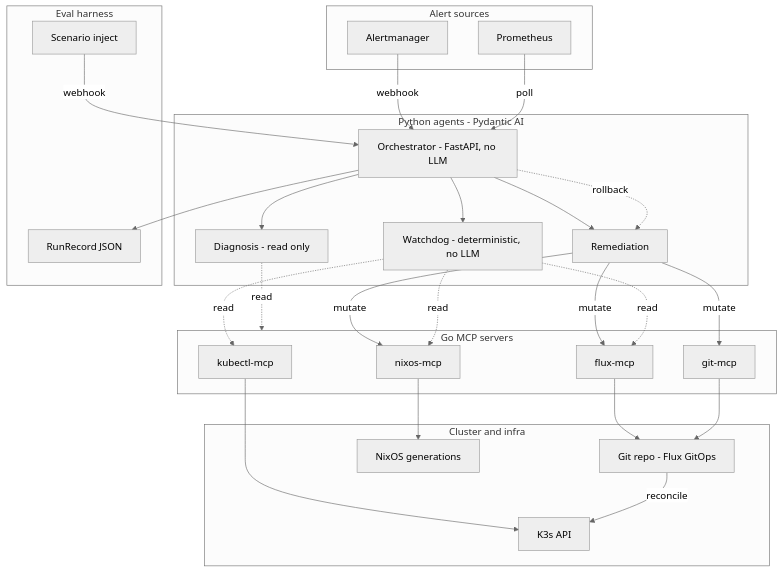
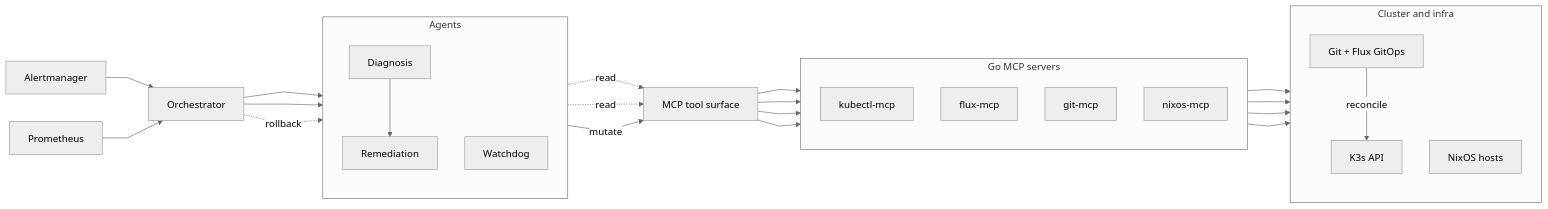
The diagram in README.md (lucawalz/vigil), drawn with Mermaid (neutral theme) before and after one commit.

Commit message:
docs: tune readme architecture diagram for github rendering

````diff
--- a/README.md
+++ b/README.md
@@ -34,40 +34,49 @@
 ```mermaid
-flowchart TB
-  subgraph src[Alert sources]
-    AM[Alertmanager]
-    PR[Prometheus]
+%%{init: {'flowchart': {'curve': 'linear', 'rankSpacing': 70, 'nodeSpacing': 45}}}%%
+flowchart LR
+  AM["Alertmanager"] --> OR["Orchestrator"]
+  PR["Prometheus"] --> OR
+
+  subgraph ag["Agents"]
+    direction TB
+    DG["Diagnosis"]
+    RM["Remediation"]
+    WD["Watchdog"]
   end
-  subgraph ag[Python agents - Pydantic AI]
-    OR[Orchestrator - FastAPI, no LLM]
-    DG[Diagnosis - read only]
-    RM[Remediation]
-    WD[Watchdog - deterministic, no LLM]
+
+  OR --> DG
+  DG --> RM
+  OR --> WD
+
+  DG -. read .-> MX["MCP tool surface"]
+  WD -. read .-> MX
+  RM -->|mutate| MX
+
+  subgraph mc["Go MCP servers"]
+    direction TB
+    KM["kubectl-mcp"]
+    FM["flux-mcp"]
+    GM["git-mcp"]
+    NM["nixos-mcp"]
   end
-  subgraph mc[Go MCP servers]
-    KM[kubectl-mcp]
-    FM[flux-mcp]
-    GM[git-mcp]
-    NM[nixos-mcp]
+
+  MX --> KM
+  MX --> FM
+  MX --> GM
+  MX --> NM
+
+  subgraph cl["Cluster and infra"]
+    direction TB
+    K8["K3s API"]
+    GT["Git + Flux GitOps"]
+    NX["NixOS hosts"]
   end
-  subgraph cl[Cluster and infra]
-    K8[K3s API]
-    GT[Git repo - Flux GitOps]
-    NX[NixOS generations]
-  end
-  AM -->|webhook| OR
-  PR -->|poll| OR
-  OR --> DG & RM & WD
-  DG -. read .-> mc
-  RM -->|mutate| GM & FM & NM
-  WD -. read .-> KM & FM & NM
+
   KM --> K8
   FM --> GT
   GM --> GT
   NM --> NX
   GT -->|reconcile| K8
+
   OR -. rollback .-> RM
-  subgraph ev[Eval harness]
-    HZ[Scenario inject] -->|webhook| OR
-    OR --> RC[RunRecord JSON]
-  end
 ```
````
